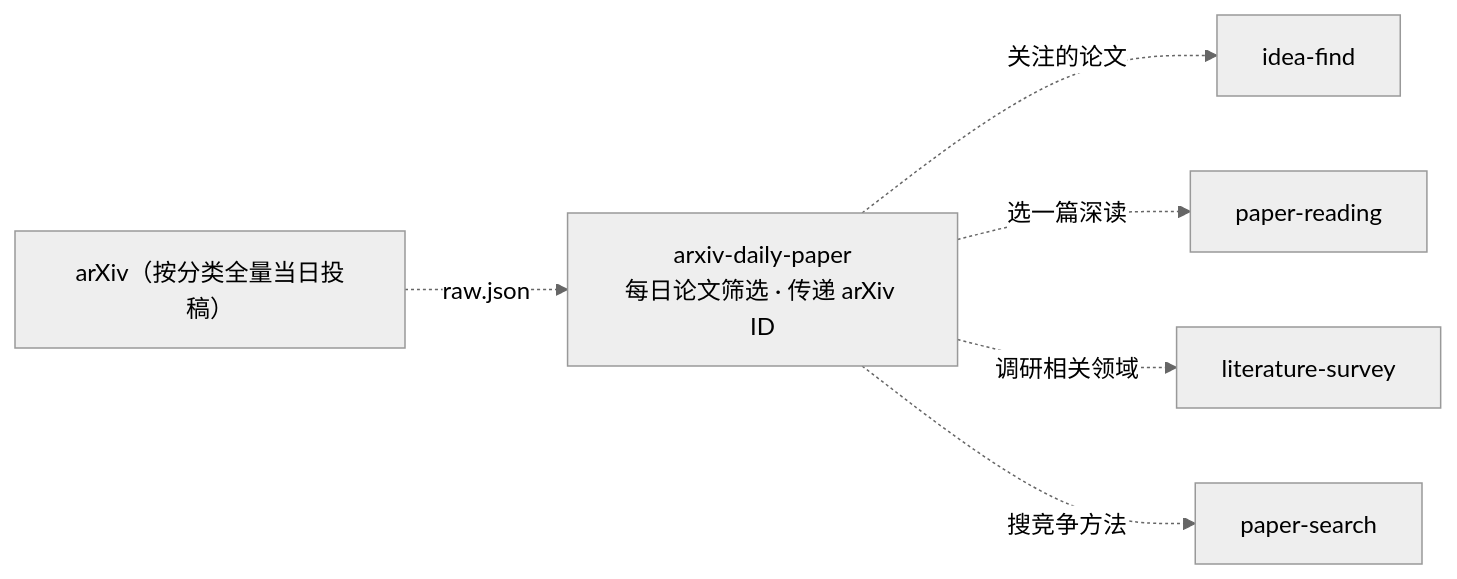
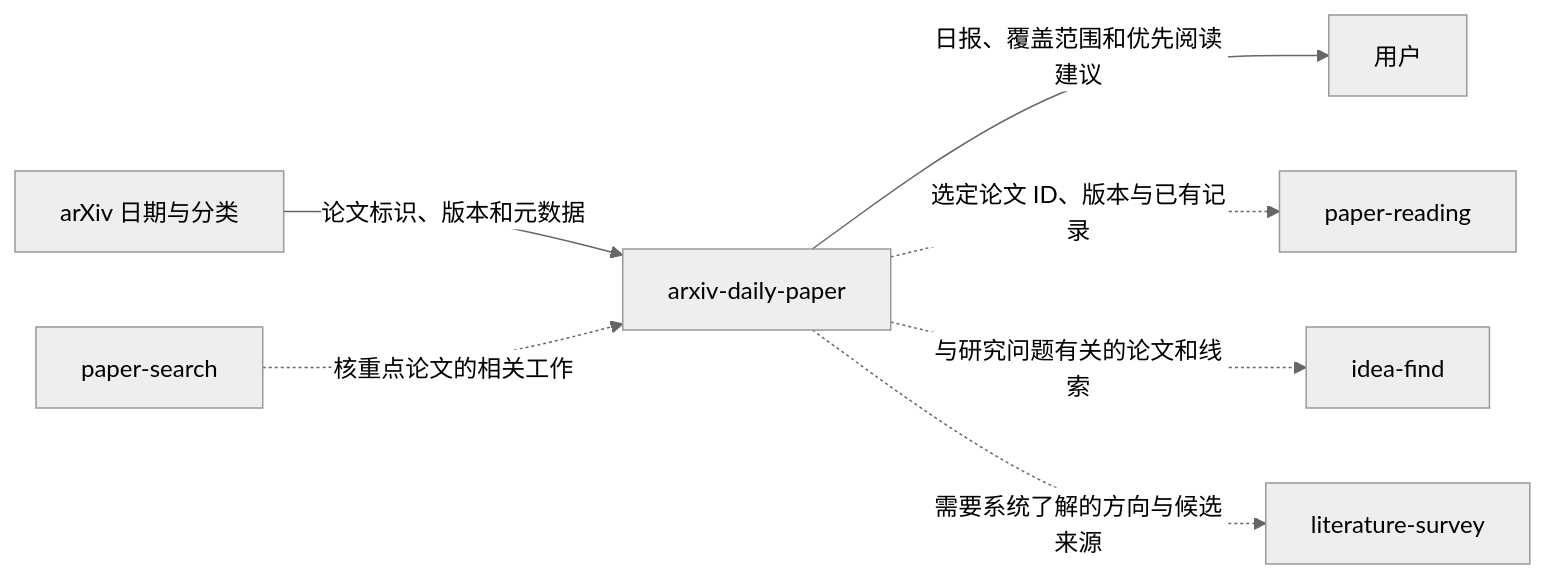
Before and after one commit to jackwang0108/dl-assistant: the first of 2 diagrams in plugins/dl-assistant/skills/arxiv-daily-paper/SKILL.md, drawn with Mermaid (neutral theme). The commit also changed other lines of this file and 9 other files, not shown here.

Commit message:
Rework arXiv daily screening and coverage tracking

````diff
--- a/plugins/dl-assistant/skills/arxiv-daily-paper/SKILL.md
+++ b/plugins/dl-assistant/skills/arxiv-daily-paper/SKILL.md
@@ -20,9 +12,9 @@
 ```mermaid
 flowchart LR
-    SRC["arXiv（按分类全量当日投稿）"] -.->|raw.json| AD
-    AD["arxiv-daily-paper<br/>每日论文筛选 · 传递 arXiv ID"]
-    AD -.->|关注的论文| IF[idea-find]
-    AD -.->|选一篇深读| PR[paper-reading]
-    AD -.->|调研相关领域| LS[literature-survey]
-    AD -.->|搜竞争方法| PS[paper-search]
+    SRC["arXiv 日期与分类"] -->|"论文标识、版本和元数据"| AD["arxiv-daily-paper"]
+    AD -->|"日报、覆盖范围和优先阅读建议"| U["用户"]
+    AD -.->|"选定论文 ID、版本与已有记录"| PR["paper-reading"]
+    AD -.->|"与研究问题有关的论文和线索"| IF["idea-find"]
+    AD -.->|"需要系统了解的方向与候选来源"| LS["literature-survey"]
+    PS["paper-search"] -.->|"核重点论文的相关工作"| AD
 ```
````
